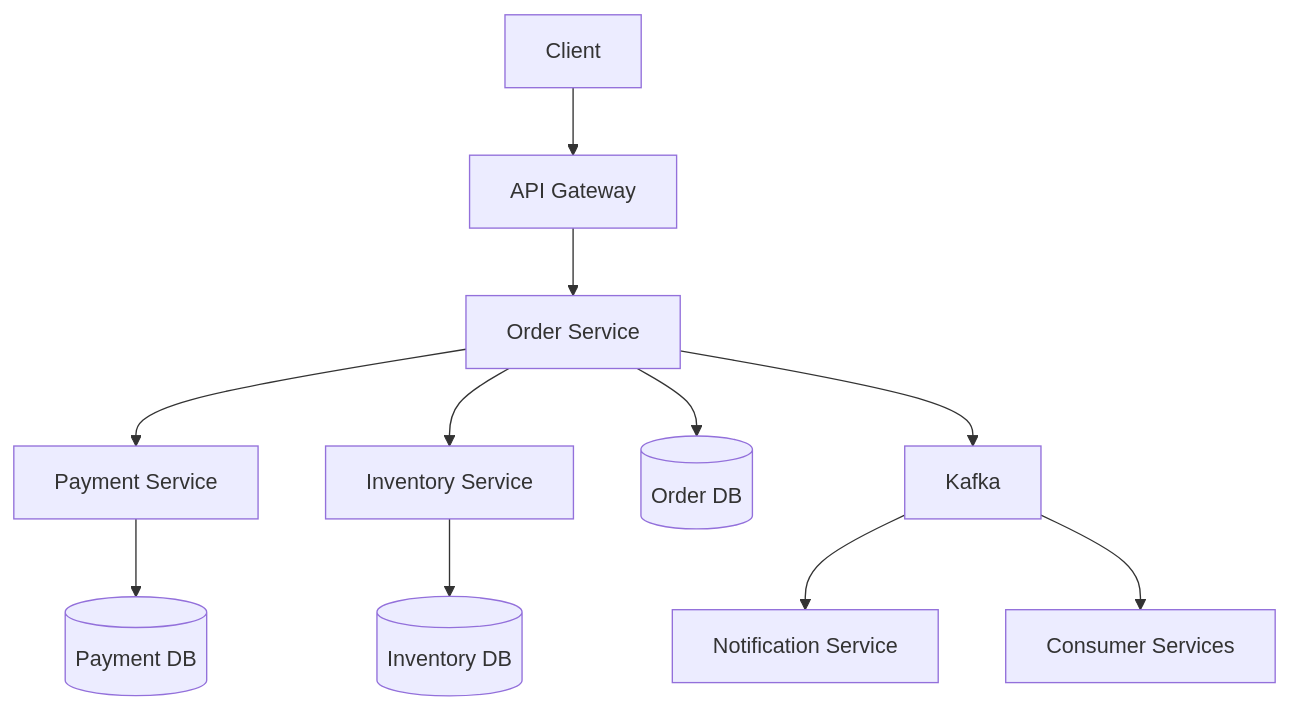
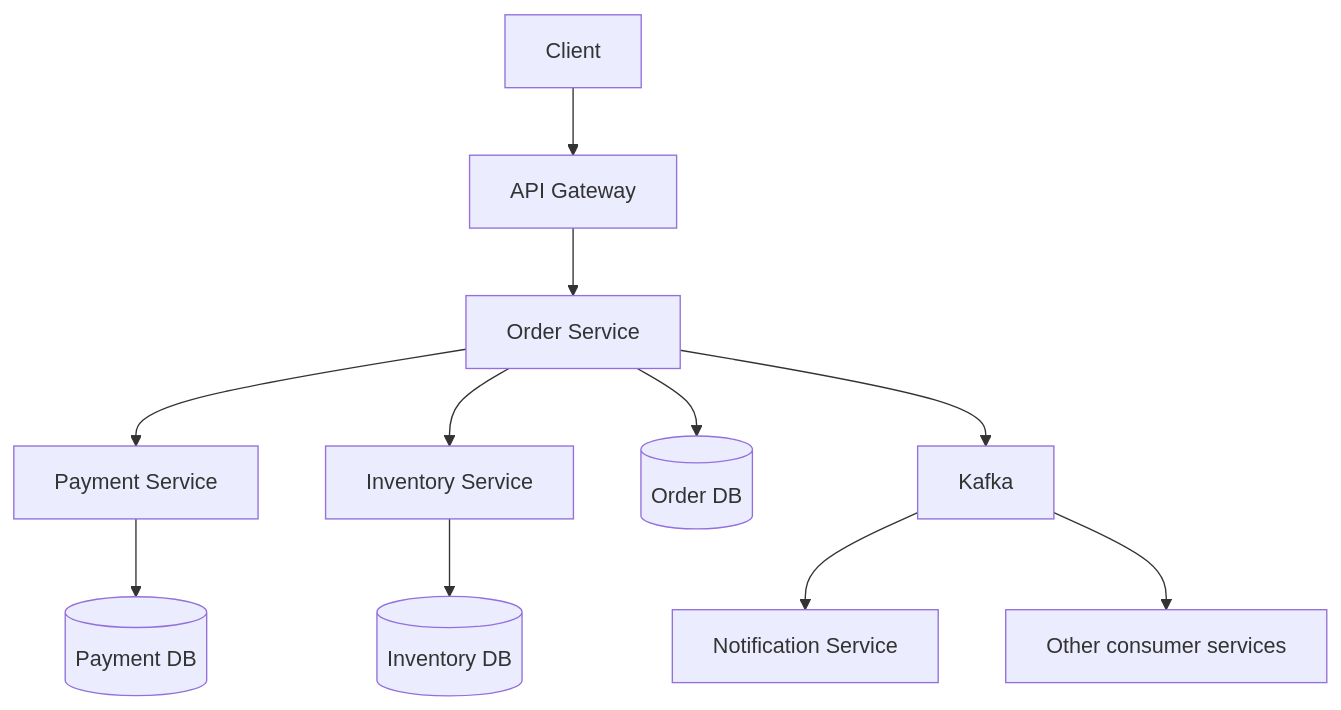
The sixth of 7 diagrams in src/data/topics/api-integration/resilience/idempotency/content.md (Yash-777/CodeTrove), drawn with Mermaid before and after one commit. The commit also changed other lines of this file and 1 other file, not shown here.

````diff
--- a/src/data/topics/api-integration/resilience/idempotency/content.md
+++ b/src/data/topics/api-integration/resilience/idempotency/content.md
@@ -664,16 +639,16 @@
 ```mermaid
 flowchart TD
     C[Client] --> G[API Gateway]
 
     G --> O[Order Service]
     O --> P[Payment Service]
     O --> I[Inventory Service]
 
     P --> PD[(Payment DB)]
     I --> ID[(Inventory DB)]
     O --> OD[(Order DB)]
 
     O --> K[Kafka]
     K --> N[Notification Service]
-    K --> C2[Consumer Services]
+    K --> X[Other consumer services]
 ```
````
